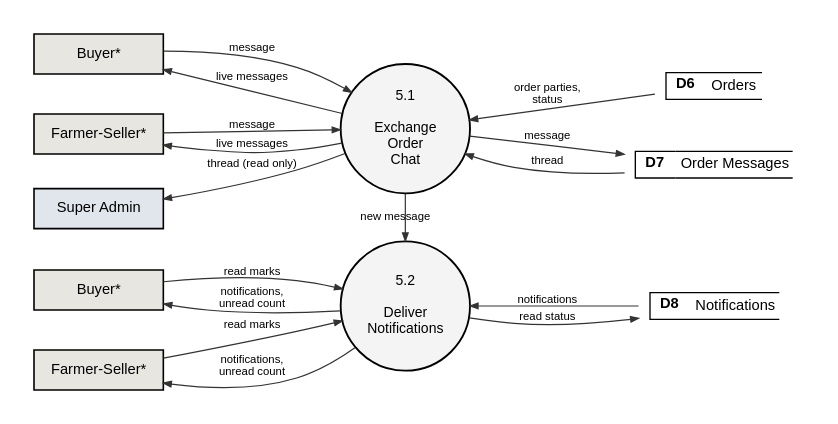
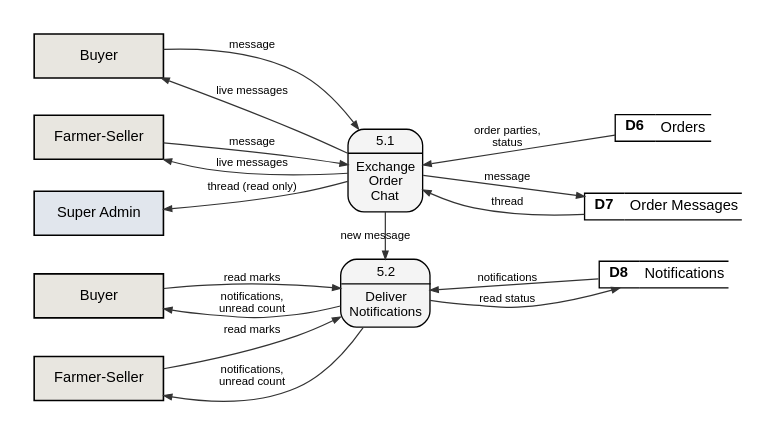
One commit to shawncastaneda11-commits/anihow-backend changed the diagram in docs/manuscript/figures/src/fig6_2_5_dfd_level2.dot. Above: the diagram before and after it, drawn with Graphviz. The commit also changed 39 other files, not shown here.

```diff
--- a/docs/manuscript/figures/src/fig6_2_5_dfd_level2.dot
+++ b/docs/manuscript/figures/src/fig6_2_5_dfd_level2.dot
@@ -1,35 +1,35 @@
 // Data flow diagram, level 2, process 5.0 Coordinate Orders and Notify.
 digraph G {
   graph [rankdir=LR, nodesep=0.25, ranksep=0.9, pad=0.25, fontname="Liberation Sans", newrank=true];
   node  [fontname="Liberation Sans", fontsize=11];
   edge  [penwidth=0.9, arrowsize=0.6, color="#333333", fontname="Liberation Sans", fontsize=8.5];
-  q5a [shape=circle, style=filled, fillcolor="#F4F4F4", penwidth=1.4, fixedsize=true, width=1.35, fontsize=10.5, label="5.1\n\nExchange\nOrder\nChat"];
-  by_q5a [shape=box, style=filled, fillcolor="#E8E6E0", penwidth=1.2, width=1.35, height=0.42, label="Buyer*"];
-  fs_q5a [shape=box, style=filled, fillcolor="#E8E6E0", penwidth=1.2, width=1.35, height=0.42, label="Farmer-Seller*"];
-  D6_q5a [shape=plaintext, label=<<TABLE BORDER="0" CELLBORDER="1" CELLSPACING="0" CELLPADDING="3"><TR><TD SIDES="TBL" WIDTH="30"><B>D6</B></TD><TD SIDES="TB" ALIGN="LEFT">Orders</TD></TR></TABLE>>];
-  D7_q5a [shape=plaintext, label=<<TABLE BORDER="0" CELLBORDER="1" CELLSPACING="0" CELLPADDING="3"><TR><TD SIDES="TBL" WIDTH="30"><B>D7</B></TD><TD SIDES="TB" ALIGN="LEFT">Order Messages</TD></TR></TABLE>>];
-  sa_q5a [shape=box, style=filled, fillcolor="#E1E6ED", penwidth=1.2, width=1.35, height=0.42, label="Super Admin"];
-  q5b [shape=circle, style=filled, fillcolor="#F4F4F4", penwidth=1.4, fixedsize=true, width=1.35, fontsize=10.5, label="5.2\n\nDeliver\nNotifications"];
-  by_q5b [shape=box, style=filled, fillcolor="#E8E6E0", penwidth=1.2, width=1.35, height=0.42, label="Buyer*"];
-  fs_q5b [shape=box, style=filled, fillcolor="#E8E6E0", penwidth=1.2, width=1.35, height=0.42, label="Farmer-Seller*"];
-  D8_q5b [shape=plaintext, label=<<TABLE BORDER="0" CELLBORDER="1" CELLSPACING="0" CELLPADDING="3"><TR><TD SIDES="TBL" WIDTH="30"><B>D8</B></TD><TD SIDES="TB" ALIGN="LEFT">Notifications</TD></TR></TABLE>>];
+  q5a [shape=plaintext, margin=0, width=0, height=0, label=<<TABLE STYLE="ROUNDED" BORDER="1" CELLBORDER="0" CELLSPACING="0" CELLPADDING="3" BGCOLOR="#F4F4F4"><TR><TD><FONT POINT-SIZE="10.5">5.1</FONT></TD></TR><HR/><TR><TD CELLPADDING="5"><FONT POINT-SIZE="10.5">Exchange<BR/>Order<BR/>Chat</FONT></TD></TR></TABLE>>];
+  by_q5a [shape=box, style=filled, fillcolor="#E8E6E0", penwidth=1.2, width=1.35, height=0.46, label="Buyer", comment="gsdup"];
+  fs_q5a [shape=box, style=filled, fillcolor="#E8E6E0", penwidth=1.2, width=1.35, height=0.46, label="Farmer-Seller", comment="gsdup"];
+  D6_q5a [shape=plaintext, margin=0, width=0, height=0, label=<<TABLE BORDER="0" CELLBORDER="1" CELLSPACING="0" CELLPADDING="3"><TR><TD SIDES="TBL" WIDTH="30"><B>D6</B></TD><TD SIDES="TB" ALIGN="LEFT">Orders</TD></TR></TABLE>>];
+  D7_q5a [shape=plaintext, margin=0, width=0, height=0, label=<<TABLE BORDER="0" CELLBORDER="1" CELLSPACING="0" CELLPADDING="3"><TR><TD SIDES="TBL" WIDTH="30"><B>D7</B></TD><TD SIDES="TB" ALIGN="LEFT">Order Messages</TD></TR></TABLE>>];
+  sa_q5a [shape=box, style=filled, fillcolor="#E1E6ED", penwidth=1.2, width=1.35, height=0.46, label="Super Admin"];
+  q5b [shape=plaintext, margin=0, width=0, height=0, label=<<TABLE STYLE="ROUNDED" BORDER="1" CELLBORDER="0" CELLSPACING="0" CELLPADDING="3" BGCOLOR="#F4F4F4"><TR><TD><FONT POINT-SIZE="10.5">5.2</FONT></TD></TR><HR/><TR><TD CELLPADDING="5"><FONT POINT-SIZE="10.5">Deliver<BR/>Notifications</FONT></TD></TR></TABLE>>];
+  by_q5b [shape=box, style=filled, fillcolor="#E8E6E0", penwidth=1.2, width=1.35, height=0.46, label="Buyer", comment="gsdup"];
+  fs_q5b [shape=box, style=filled, fillcolor="#E8E6E0", penwidth=1.2, width=1.35, height=0.46, label="Farmer-Seller", comment="gsdup"];
+  D8_q5b [shape=plaintext, margin=0, width=0, height=0, label=<<TABLE BORDER="0" CELLBORDER="1" CELLSPACING="0" CELLPADDING="3"><TR><TD SIDES="TBL" WIDTH="30"><B>D8</B></TD><TD SIDES="TB" ALIGN="LEFT">Notifications</TD></TR></TABLE>>];
   by_q5a -> q5a [label="message"];
   fs_q5a -> q5a [label="message"];
   q5a -> D6_q5a [label="order parties,\nstatus", dir=back];
   q5a -> D7_q5a [label="message"];
   q5a -> D7_q5a [label="thread", dir=back];
   by_q5a -> q5a [label="live messages", dir=back];
   fs_q5a -> q5a [label="live messages", dir=back];
   sa_q5a -> q5a [label="thread (read only)", dir=back];
   q5a -> q5b [label="new message", constraint=false];
   q5b -> D8_q5b [label="notifications", dir=back];
   by_q5b -> q5b [label="read marks"];
   fs_q5b -> q5b [label="read marks"];
   q5b -> D8_q5b [label="read status"];
   by_q5b -> q5b [label="notifications,\nunread count", dir=back];
   fs_q5b -> q5b [label="notifications,\nunread count", dir=back];
   {rank=same; by_q5a; fs_q5a; sa_q5a; by_q5b; fs_q5b}
   {rank=same; D6_q5a; D7_q5a; D8_q5b}
   {rank=same; q5a; q5b}
   q5a -> q5b [style=invis, weight=10];
 }
```
